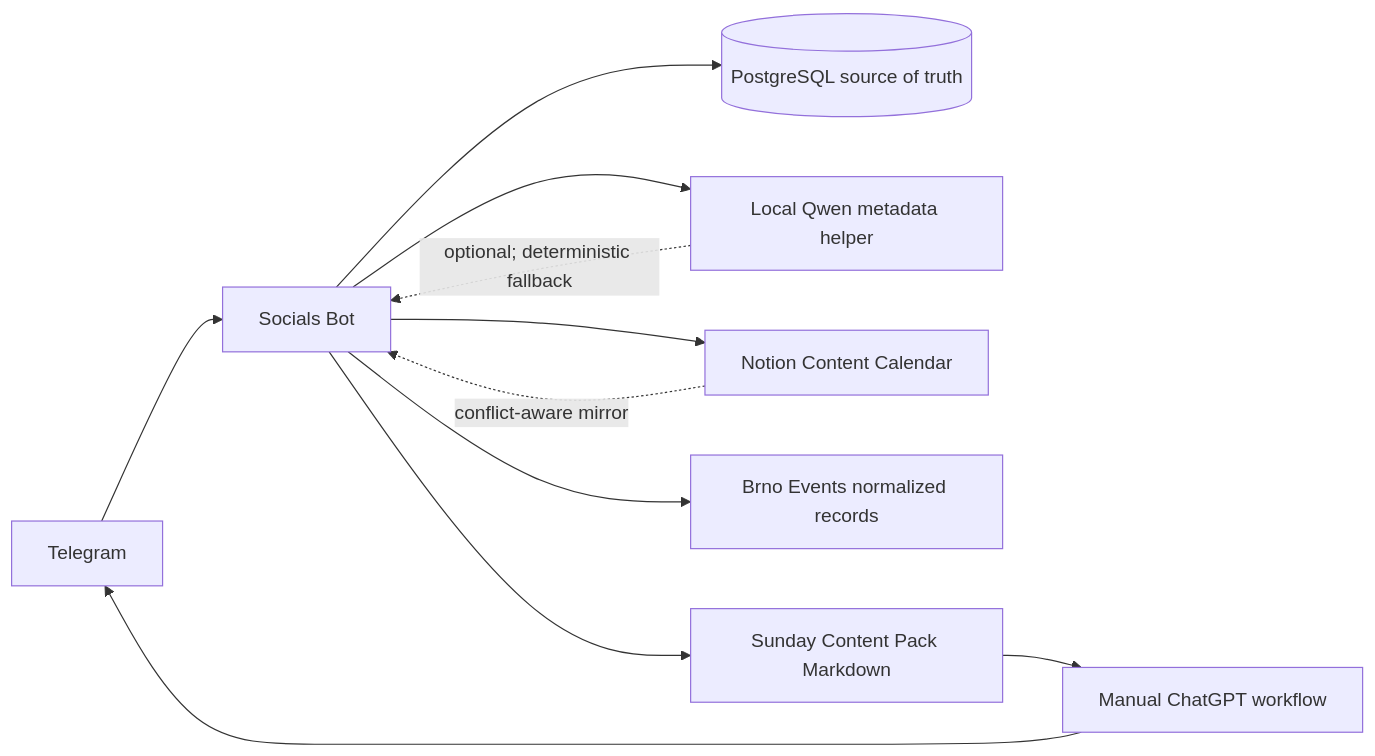
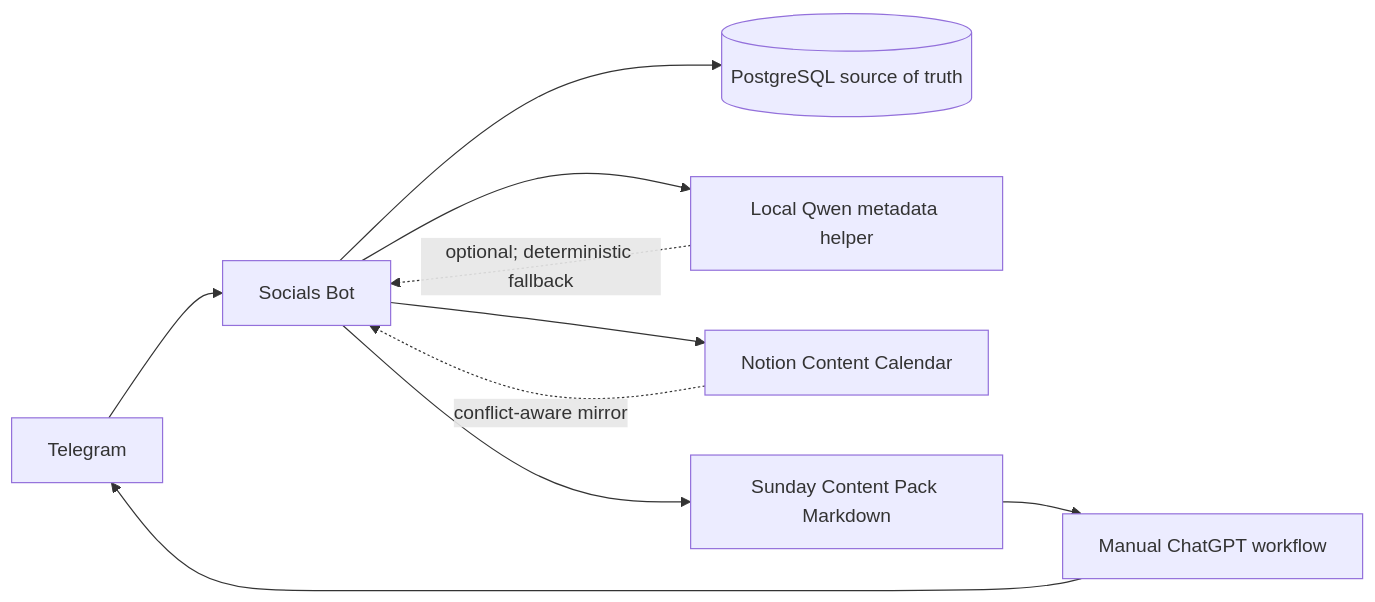
Before and after one commit to TurniXXD/watcher-agents: the first of 4 diagrams in apps/socials-bot/README.md, drawn with Mermaid. The commit also changed other lines of this file and 76 other files, not shown here.

Commit message:
feat: separate functionality for from sales bot to networking bot, brno events bot additional sources, fix build

````diff
--- a/apps/socials-bot/README.md
+++ b/apps/socials-bot/README.md
@@ -7,13 +7,12 @@
 ```mermaid
 flowchart LR
   TG[Telegram] --> BOT[Socials Bot]
   BOT --> DB[(PostgreSQL source of truth)]
   BOT --> Q[Local Qwen metadata helper]
   BOT --> N[Notion Content Calendar]
-  BOT --> E[Brno Events normalized records]
   BOT --> PACK[Sunday Content Pack Markdown]
   PACK --> GPT[Manual ChatGPT workflow]
   GPT --> TG
   Q -. optional; deterministic fallback .-> BOT
   N -. conflict-aware mirror .-> BOT
 ```
````
